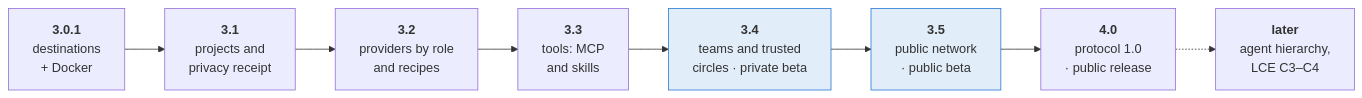
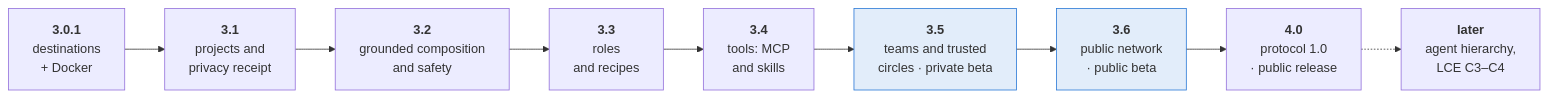
One commit to Sebastardito/SwarmblyAI changed the second of 4 diagrams in docs/ROADMAP.md. Above: the diagram before and after it, drawn with Mermaid. The commit also changed other lines of this file and 1 other file, not shown here.

First line of the commit message:
Roadmap: 3.2 is grounded composition and safety; roles and recipes move to 3.3, later versions one number on

````diff
--- a/docs/ROADMAP.md
+++ b/docs/ROADMAP.md
@@ -60,12 +60,13 @@
 ```mermaid
 flowchart LR
   V1["<b>3.0.1</b><br/>destinations<br/>+ Docker"] --> V2["<b>3.1</b><br/>projects and<br/>privacy receipt"]
-  V2 --> V3["<b>3.2</b><br/>providers by role<br/>and recipes"]
-  V3 --> V4["<b>3.3</b><br/>tools: MCP<br/>and skills"]
-  V4 --> V5["<b>3.4</b><br/>teams and trusted<br/>circles · private beta"]
-  V5 --> V6["<b>3.5</b><br/>public network<br/>· public beta"]
+  V2 --> V3["<b>3.2</b><br/>grounded composition<br/>and safety"]
+  V3 --> V3b["<b>3.3</b><br/>roles<br/>and recipes"]
+  V3b --> V4["<b>3.4</b><br/>tools: MCP<br/>and skills"]
+  V4 --> V5["<b>3.5</b><br/>teams and trusted<br/>circles · private beta"]
+  V5 --> V6["<b>3.6</b><br/>public network<br/>· public beta"]
   V6 --> V7["<b>4.0</b><br/>protocol 1.0<br/>· public release"]
   V7 -.-> V8["<b>later</b><br/>agent hierarchy,<br/>LCE C3–C4"]
   style V5 fill:#2a78d622,stroke:#2a78d6
   style V6 fill:#2a78d622,stroke:#2a78d6
 ```
````
